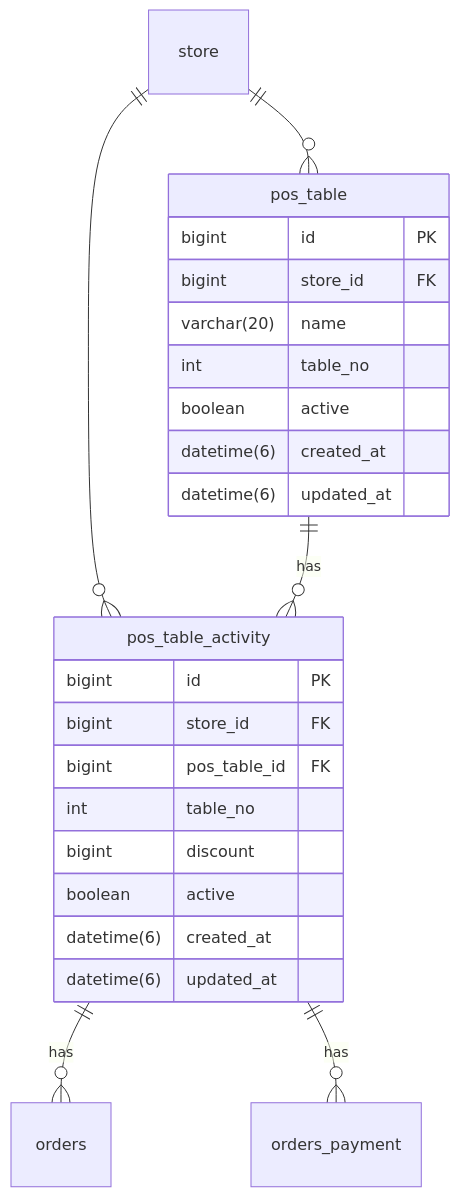
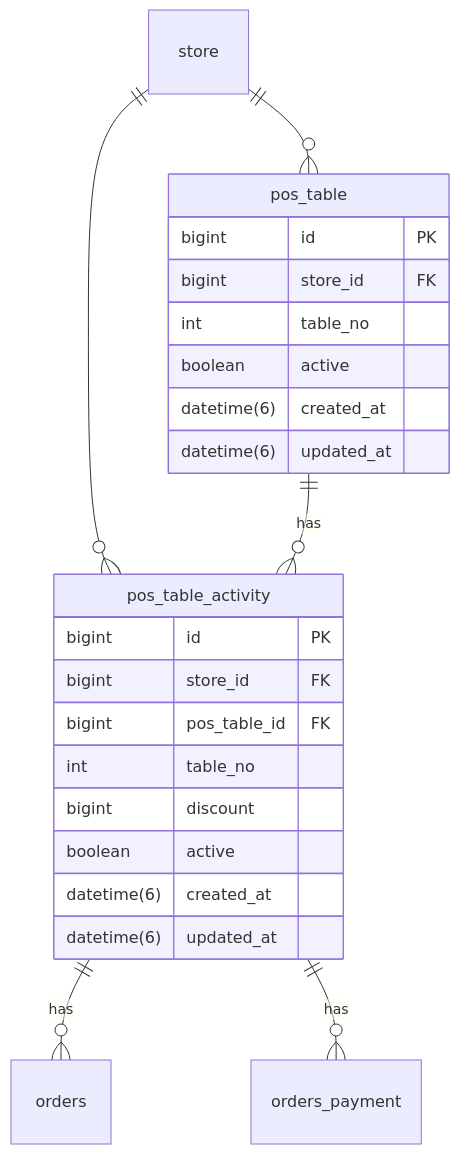
One commit to everyonewaiter/documentation changed diagram 11 of 11 in backend/ERD.md. Above: the diagram before and after it, drawn with Mermaid.

Commit message:
docs: ERD 문서 업데이트

````diff
--- a/backend/ERD.md
+++ b/backend/ERD.md
@@ -386,29 +386,28 @@
 ```mermaid
 erDiagram
     store ||--o{ pos_table: ""
     store ||--o{ pos_table_activity: ""
     pos_table ||--o{ pos_table_activity: "has"
     pos_table_activity ||--o{ orders: "has"
     pos_table_activity ||--o{ orders_payment: "has"
 
     pos_table {
         bigint id PK
         bigint store_id FK
-        varchar(20) name
         int table_no
         boolean active
         datetime(6) created_at
         datetime(6) updated_at
     }
 
     pos_table_activity {
         bigint id PK
         bigint store_id FK
         bigint pos_table_id FK
         int table_no
         bigint discount
         boolean active
         datetime(6) created_at
         datetime(6) updated_at
     }
 ```
````
